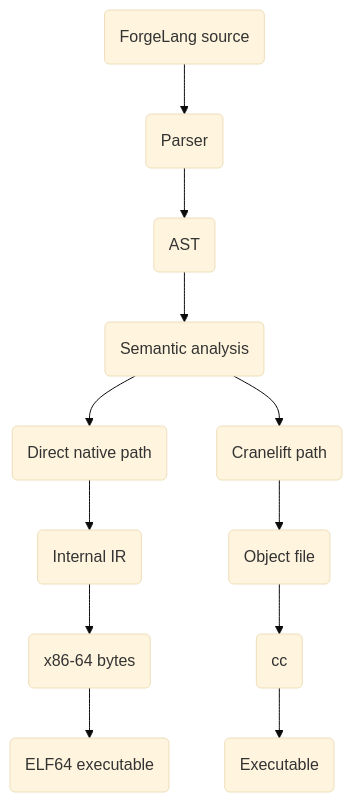
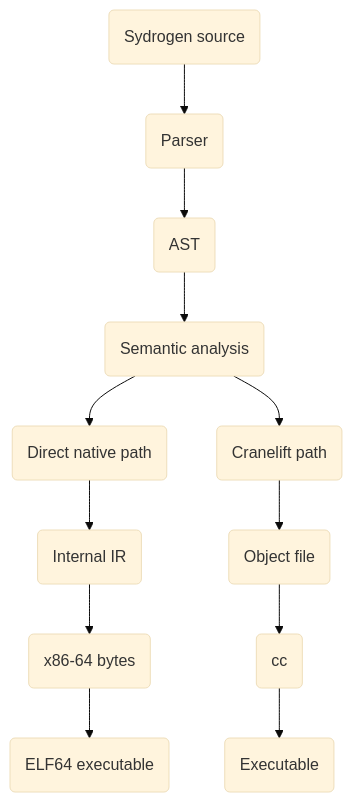
Before and after one commit to AeroForger/ForgeLang: the diagram in Docs/docs/src/compiler/native-code-generation.md, drawn with Mermaid (base theme). The commit also changed other lines of this file and 52 other files, not shown here.

Commit message:
Renamed: ForgeLang to Sydrogen

````diff
--- a/Docs/docs/src/compiler/native-code-generation.md
+++ b/Docs/docs/src/compiler/native-code-generation.md
@@ -7,14 +7,14 @@
 ```mermaid
 flowchart TD
-    A(ForgeLang source) --> B(Parser)
+    A(Sydrogen source) --> B(Parser)
     B --> C(AST)
     C --> D(Semantic analysis)
     D --> E(Direct native path)
     E --> F(Internal IR)
     F --> G(x86-64 bytes)
     G --> H(ELF64 executable)
     D --> I(Cranelift path)
     I --> J(Object file)
     J --> K(cc)
     K --> L(Executable)
 ```
````
